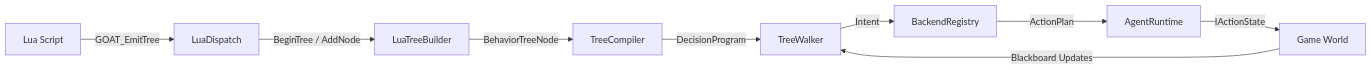
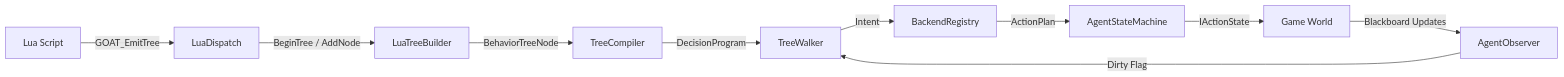
One commit to jabbadablack/G.O.A.T changed the second of 5 diagrams in Docs/01 - Architecture/Layered Overview.md. Above: the diagram before and after it, drawn with Mermaid. The commit also changed other lines of this file and 82 other files, not shown here.

````diff
--- a/Docs/01 - Architecture/Layered Overview.md
+++ b/Docs/01 - Architecture/Layered Overview.md
@@ -66,11 +66,12 @@
 ```mermaid
 graph LR
     L[Lua Script] -->|GOAT_EmitTree| D[LuaDispatch]
     D -->|BeginTree / AddNode| B[LuaTreeBuilder]
     B -->|BehaviorTreeNode| C[TreeCompiler]
     C -->|DecisionProgram| W[TreeWalker]
     W -->|Intent| K[BackendRegistry]
-    K -->|ActionPlan| R[AgentRuntime]
+    K -->|ActionPlan| R[AgentStateMachine]
     R -->|IActionState| A[Game World]
-    A -->|Blackboard Updates| W
+    A -->|Blackboard Updates| O[AgentObserver]
+    O -->|Dirty Flag| W
 ```
````
